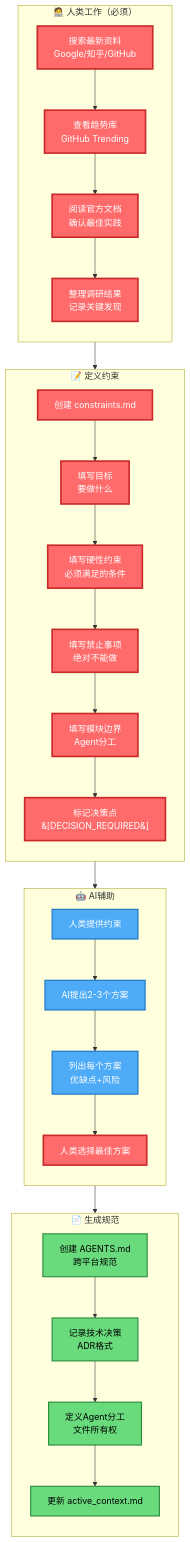
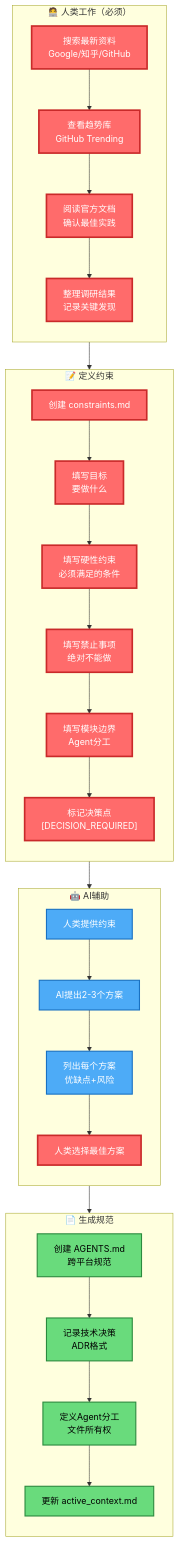
The third of 10 diagrams in VibeCodingMethod_31Jan2026.md (wzhulifantastic/myCodingMethod), drawn with Mermaid before and after one commit.

````diff
--- a/VibeCodingMethod_31Jan2026.md
+++ b/VibeCodingMethod_31Jan2026.md
@@ -423,42 +423,42 @@
 ```mermaid
 flowchart TB
     subgraph HumanWork["🧑‍💻 人类工作（必须）"]
         direction TB
         H1[搜索最新资料<br/>Google/知乎/GitHub] --> H2[查看趋势库<br/>GitHub Trending]
         H2 --> H3[阅读官方文档<br/>确认最佳实践]
         H3 --> H4[整理调研结果<br/>记录关键发现]
     end
     
     subgraph DefineConstraints["📝 定义约束"]
         direction TB
         C1[创建 constraints.md] --> C2[填写目标<br/>要做什么]
         C2 --> C3[填写硬性约束<br/>必须满足的条件]
         C3 --> C4[填写禁止事项<br/>绝对不能做]
         C4 --> C5[填写模块边界<br/>Agent分工]
-        C5 --> C6["标记决策点<br/>&#91;DECISION_REQUIRED&#93;"]
+        C5 --> C6["标记决策点<br/>#91;DECISION_REQUIRED#93;"]
     end
     
     subgraph AIAssist["🤖 AI辅助"]
         direction TB
         A1[人类提供约束] --> A2[AI提出2-3个方案]
         A2 --> A3[列出每个方案<br/>优缺点+风险]
         A3 --> A4[人类选择最佳方案]
     end
     
     subgraph GenerateDocs["📄 生成规范"]
         direction TB
         G1[创建 AGENTS.md<br/>跨平台规范] --> G2[记录技术决策<br/>ADR格式]
         G2 --> G3[定义Agent分工<br/>文件所有权]
         G3 --> G4[更新 active_context.md]
     end
     
     HumanWork --> DefineConstraints --> AIAssist --> GenerateDocs
     
     classDef humanStep fill:#ff6b6b,stroke:#c92a2a,stroke-width:3px,color:#fff
     classDef aiStep fill:#4dabf7,stroke:#1971c2,stroke-width:2px,color:#fff
     classDef fileStep fill:#69db7c,stroke:#2b8a3e,stroke-width:2px,color:#000
     
     class H1,H2,H3,H4,C1,C2,C3,C4,C5,C6,A4 humanStep
     class A1,A2,A3 aiStep
     class G1,G2,G3,G4 fileStep
 ```
````
